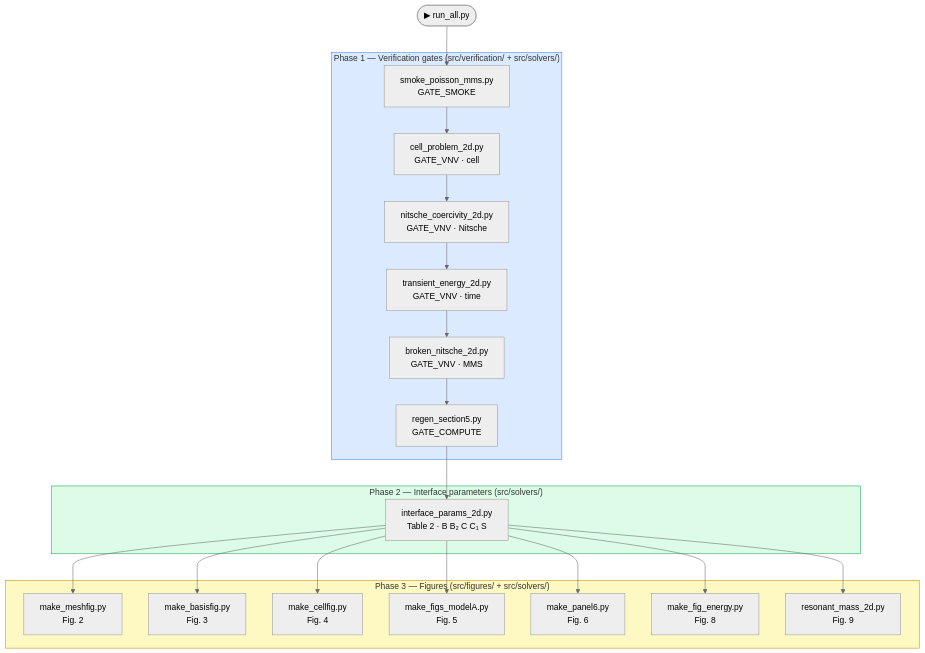
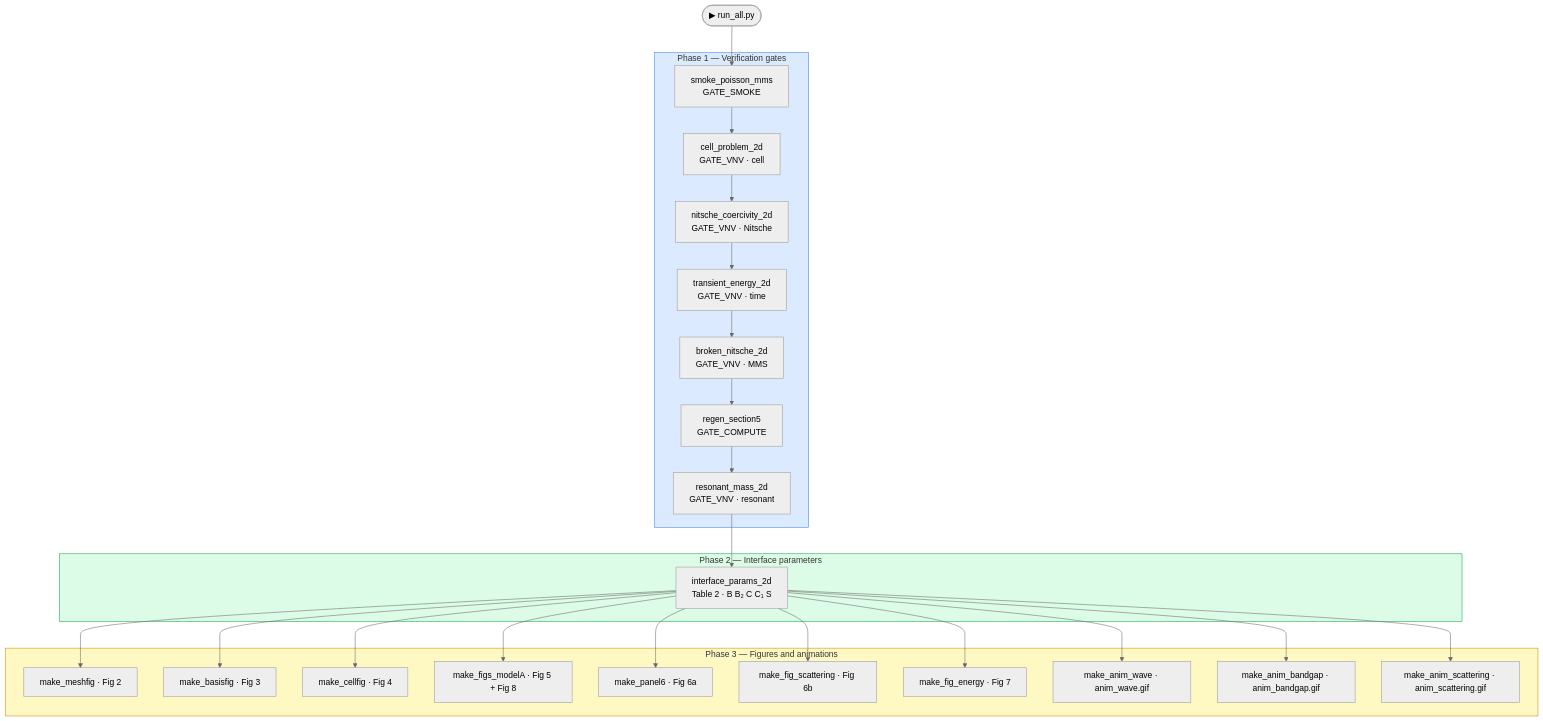
Before and after one commit to mounirjaouhari/MsFEM-Dynamic-Homogenization: the third of 3 diagrams in README.md, drawn with Mermaid (neutral theme). The commit also changed other lines of this file, not shown here.

````diff
--- a/README.md
+++ b/README.md
@@ -164,31 +290,35 @@
 ```mermaid
 flowchart TD
     A([▶ run_all.py]) --> B
 
-    subgraph PHASE1["Phase 1 — Verification gates  (src/verification/ + src/solvers/)"]
-        B[smoke_poisson_mms.py\nGATE_SMOKE]
-        B --> C[cell_problem_2d.py\nGATE_VNV · cell]
-        C --> D[nitsche_coercivity_2d.py\nGATE_VNV · Nitsche]
-        D --> E[transient_energy_2d.py\nGATE_VNV · time]
-        E --> F[broken_nitsche_2d.py\nGATE_VNV · MMS]
-        F --> G[regen_section5.py\nGATE_COMPUTE]
+    subgraph PHASE1["Phase 1 — Verification gates"]
+        B[smoke_poisson_mms\nGATE_SMOKE]
+        B --> C[cell_problem_2d\nGATE_VNV · cell]
+        C --> D[nitsche_coercivity_2d\nGATE_VNV · Nitsche]
+        D --> E[transient_energy_2d\nGATE_VNV · time]
+        E --> F[broken_nitsche_2d\nGATE_VNV · MMS]
+        F --> G[regen_section5\nGATE_COMPUTE]
+        G --> R[resonant_mass_2d\nGATE_VNV · resonant]
     end
 
-    subgraph PHASE2["Phase 2 — Interface parameters  (src/solvers/)"]
-        G --> H[interface_params_2d.py\nTable 2 · B B₂ C C₁ S]
+    subgraph PHASE2["Phase 2 — Interface parameters"]
+        R --> H[interface_params_2d\nTable 2 · B B₂ C C₁ S]
     end
 
-    subgraph PHASE3["Phase 3 — Figures  (src/figures/ + src/solvers/)"]
-        H --> I1[make_meshfig.py\nFig. 2]
-        H --> I2[make_basisfig.py\nFig. 3]
-        H --> I3[make_cellfig.py\nFig. 4]
-        H --> I4[make_figs_modelA.py\nFig. 5]
-        H --> I5[make_panel6.py\nFig. 6]
-        H --> I6[make_fig_energy.py\nFig. 8]
-        H --> I7[resonant_mass_2d.py\nFig. 9]
+    subgraph PHASE3["Phase 3 — Figures and animations"]
+        H --> I1[make_meshfig · Fig 2]
+        H --> I2[make_basisfig · Fig 3]
+        H --> I3[make_cellfig · Fig 4]
+        H --> I4[make_figs_modelA · Fig 5 + Fig 8]
+        H --> I5[make_panel6 · Fig 6a]
+        H --> I6[make_fig_scattering · Fig 6b]
+        H --> I7[make_fig_energy · Fig 7]
+        H --> A1[make_anim_wave · anim_wave.gif]
+        H --> A2[make_anim_bandgap · anim_bandgap.gif]
+        H --> A3[make_anim_scattering · anim_scattering.gif]
     end
 
     style PHASE1 fill:#dbeafe,stroke:#3b82f6
     style PHASE2 fill:#dcfce7,stroke:#16a34a
     style PHASE3 fill:#fef9c3,stroke:#ca8a04
 ```
````
